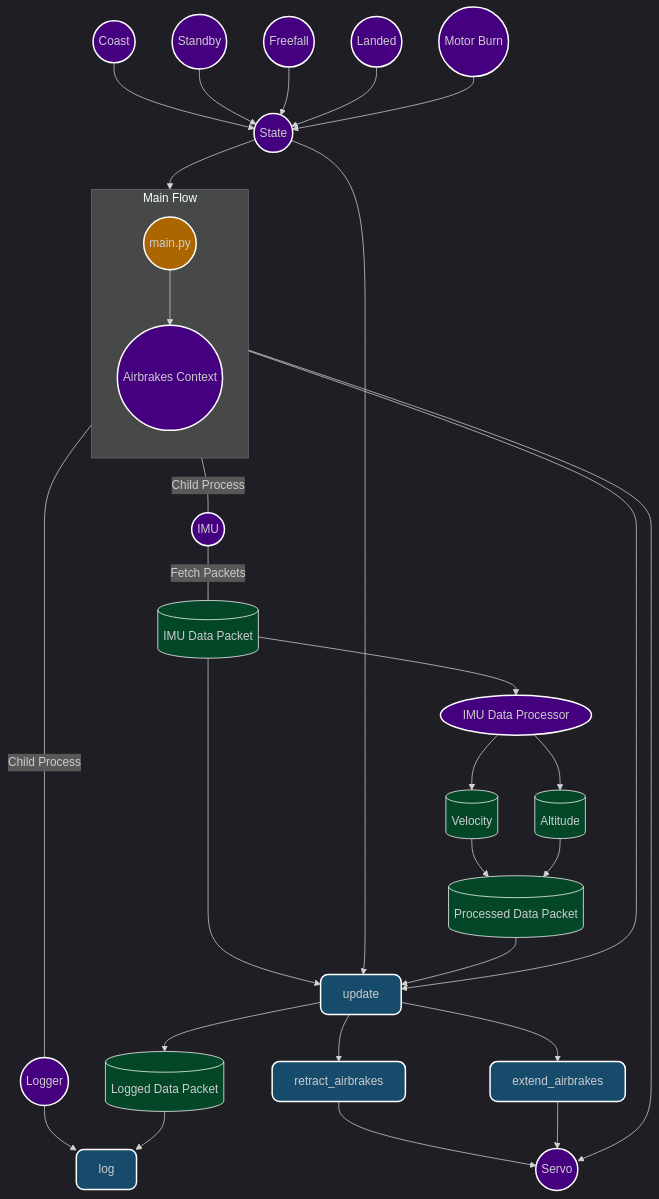
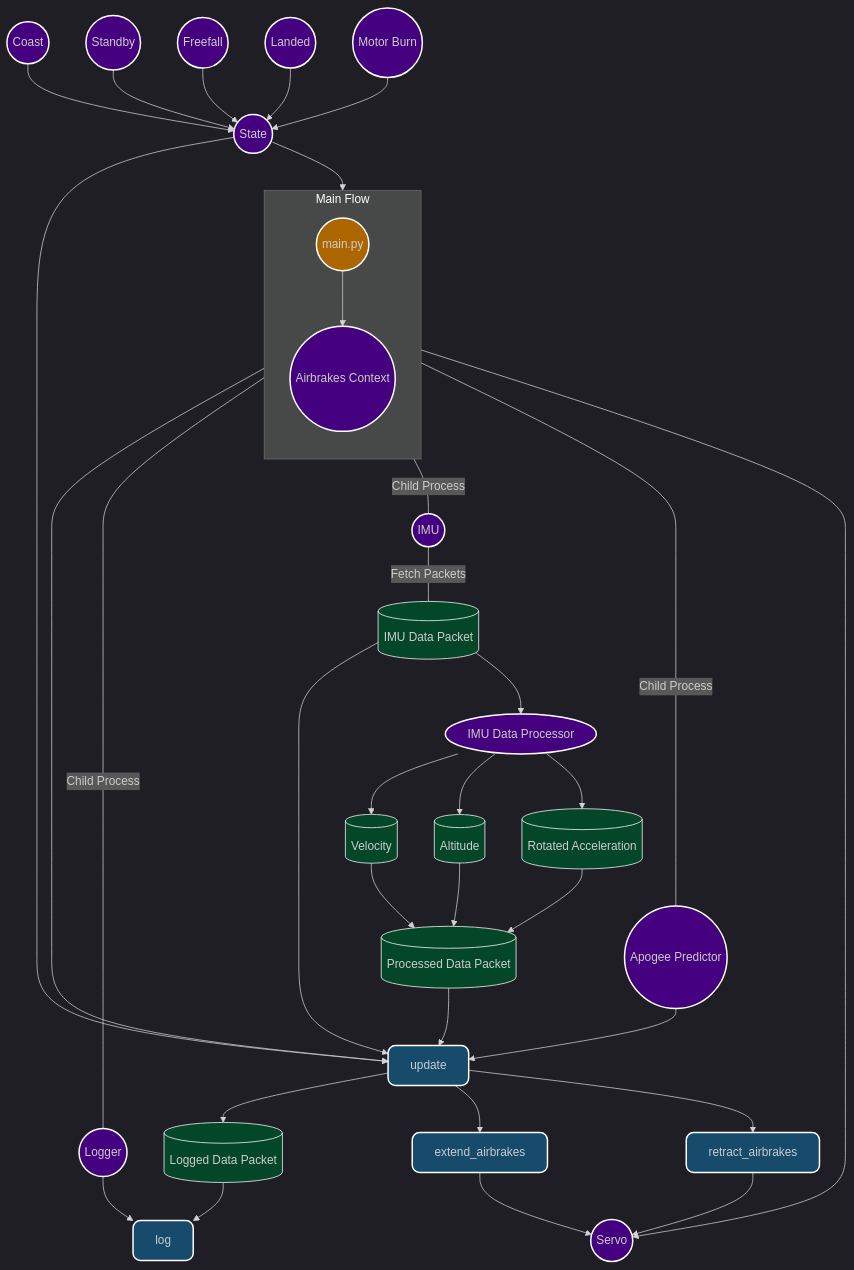
The diagram in README.md (NCSU-High-Powered-Rocketry-Club/AirbrakesV2), drawn with Mermaid before and after one commit.

Commit message:
Update architecture diagram

````diff
--- a/README.md
+++ b/README.md
@@ -20,70 +20,73 @@
 ```mermaid
 %%{init: {'theme': 'dark'}}%%
 flowchart TD
 
     %% Define styles for different shapes
     classDef circular fill:#44007e,stroke:#fff,stroke-width:2px,rx:50%,ry:50%;  %% Ovals for classes
     classDef bubble fill:#164b6c,stroke:#fff,stroke-width:2px,rx:10px,ry:10px; %% Bubbles for methods
     classDef outputSquare fill:#044728,stroke:#fff,stroke-width:2px; %% Squares for outputs
     classDef textStyle fill:none,color:#fff,font-weight:bold,font-size:16px; %% Text style for bold white text
     classDef mainColor fill:#ac6600,stroke:#fff,stroke-width:2px,rx:50%,ry:50%; %% Color for main.py
 
     %% Main structure with main.py at the top
     subgraph mainFlow[Main Flow]
       direction TB
       mainpy((main.py)):::mainColor --> Airbrakes((Airbrakes Context)):::circular
      
     end
     Airbrakes --> Update[update]:::bubble
     %% IMU Data Packet Flow
     IMUDataPacket --> Update
+    Apogee_Predictor --> Update
     
     %% States as individual nodes
     State((State)):::circular
     CoastState((Coast)):::circular
     Standbystate((Standby)):::circular
     FreefallState((Freefall)):::circular
     LandedState((Landed)):::circular
     MotorBurnState((Motor Burn)):::circular
 
     %% Connections between States and Airbrakes
     State((State)):::circular --> Airbrakes:::circular
     State --> Update
     
     CoastState((Coast)):::circular --> State
     Standbystate((Standby)):::circular --> State
     FreefallState((Freefall)):::circular --> State
     LandedState((Landed)):::circular --> State
     MotorBurnState((Motor Burn)):::circular --> State
     
     %% Connections with Labels
     Airbrakes ---|Child Process| Logger((Logger)):::circular
     Airbrakes ---|Child Process| IMU((IMU)):::circular
+    Airbrakes ---|Child Process| Apogee_Predictor((Apogee Predictor)):::circular
     IMU((IMU)):::circular ---|Fetch Packets| IMUDataPacket[(IMU Data Packet)]:::outputSquare
 
     %% IMU Data Processing
     IMUDataPacket --> IMUDataProcessor[IMU Data Processor]:::circular
-    %%IMUDataProcessor --> ProcessedData[(Processed Data Packet)]:::outputSquare
     IMUDataProcessor --> Velocity[(Velocity)]:::outputSquare
     IMUDataProcessor --> Altitude[(Altitude)]:::outputSquare
+    IMUDataProcessor --> Rotated_Accel[(Rotated Acceleration)]:::outputSquare
     
     Velocity -->  ProcessedData[(Processed Data Packet)]:::outputSquare
     Altitude -->  ProcessedData[(Processed Data Packet)]:::outputSquare
+    Rotated_Accel -->  ProcessedData[(Processed Data Packet)]:::outputSquare
     
-     ProcessedData[(Processed Data Packet)]:::outputSquare --> Update
+    ProcessedData[(Processed Data Packet)]:::outputSquare --> Update
 
     %% Logging Mechanism
     Logger --> LogFunction[log]:::bubble
     Update --> LogData[(Logged Data Packet)]:::outputSquare
     LogData --> LogFunction
 
     %% Airbrake Control Methods with Parentheses Displayed
     Update --> ExtendAirbrakes[extend_airbrakes]:::bubble
     Update --> RetractAirbrakes[retract_airbrakes]:::bubble
 
     %% Servo Connections
     RetractAirbrakes --> Servo((Servo)):::circular 
     ExtendAirbrakes --> Servo
     Airbrakes --> Servo
 
 ```
````
